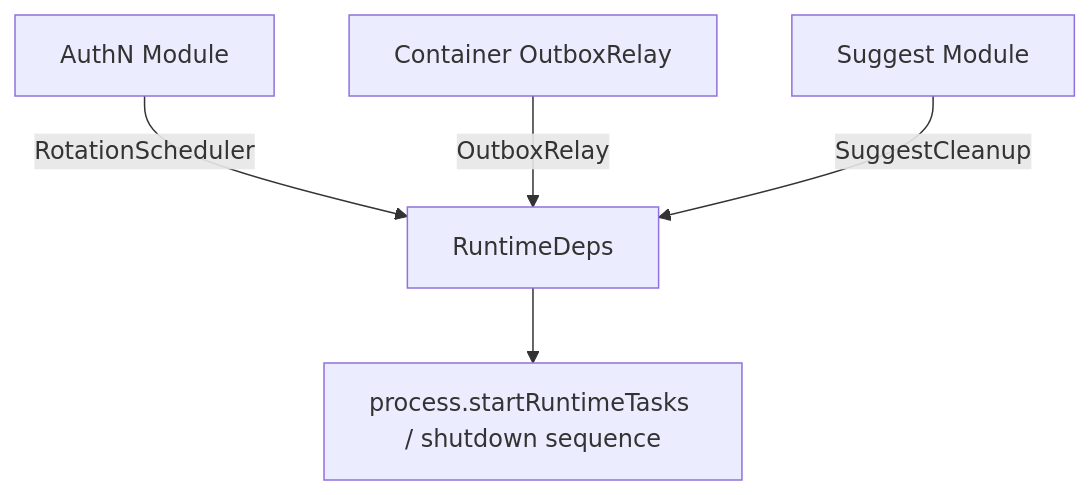
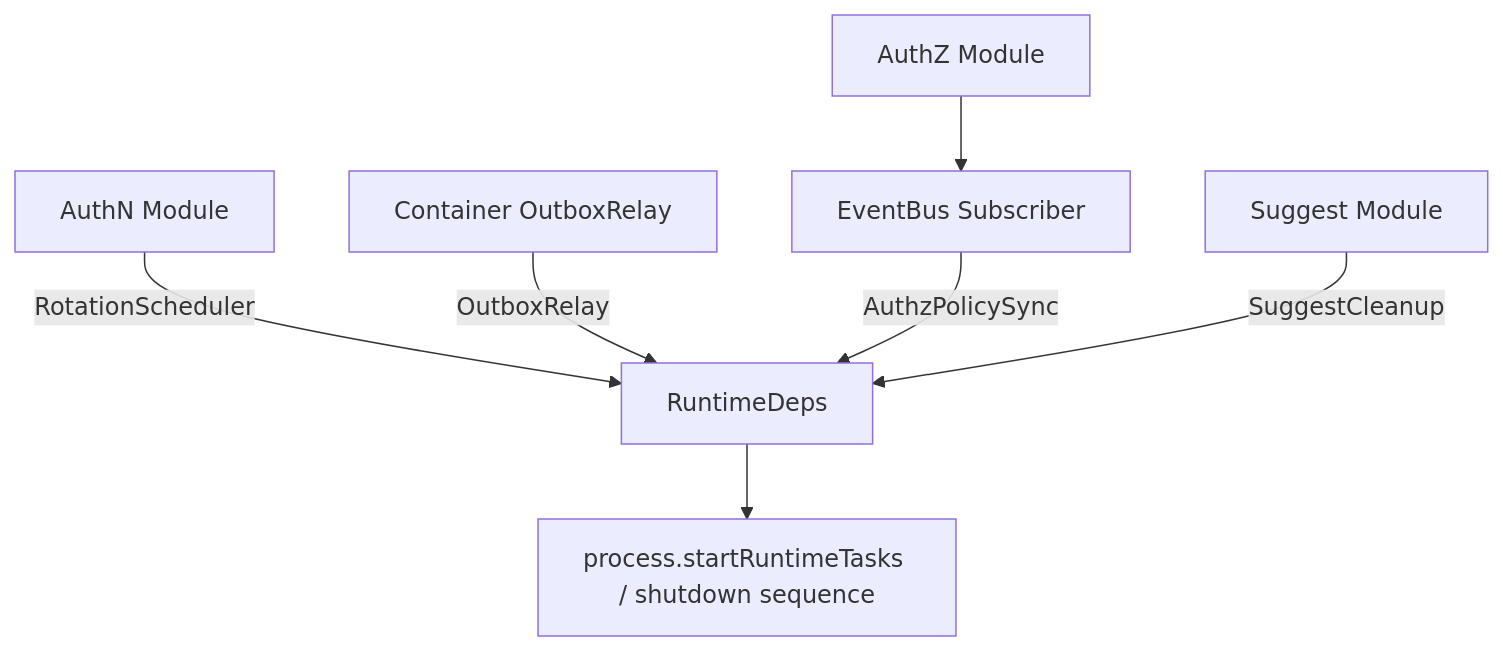
Before and after one commit to FangcunMount/iam: the third of 17 diagrams in docs/01-运行时/04-后台任务与优雅关闭.md, drawn with Mermaid. The commit also changed other lines of this file and 5 other files, not shown here.

````diff
--- a/docs/01-运行时/04-后台任务与优雅关闭.md
+++ b/docs/01-运行时/04-后台任务与优雅关闭.md
@@ -177,14 +197,17 @@
 ```mermaid
 flowchart TD
     AuthN["AuthN Module"]
     Outbox["Container OutboxRelay"]
+    AuthZ["AuthZ Module"]
+    EventBus["EventBus Subscriber"]
     Suggest["Suggest Module"]
 
     RuntimeDeps["RuntimeDeps"]
 
     AuthN -->|"RotationScheduler"| RuntimeDeps
     Outbox -->|"OutboxRelay"| RuntimeDeps
+    AuthZ --> EventBus -->|"AuthzPolicySync"| RuntimeDeps
     Suggest -->|"SuggestCleanup"| RuntimeDeps
 
     RuntimeDeps --> Process["process.startRuntimeTasks / shutdown sequence"]
 ```
````
